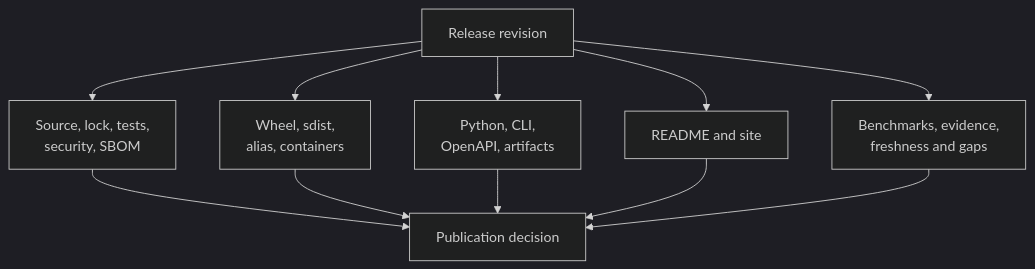
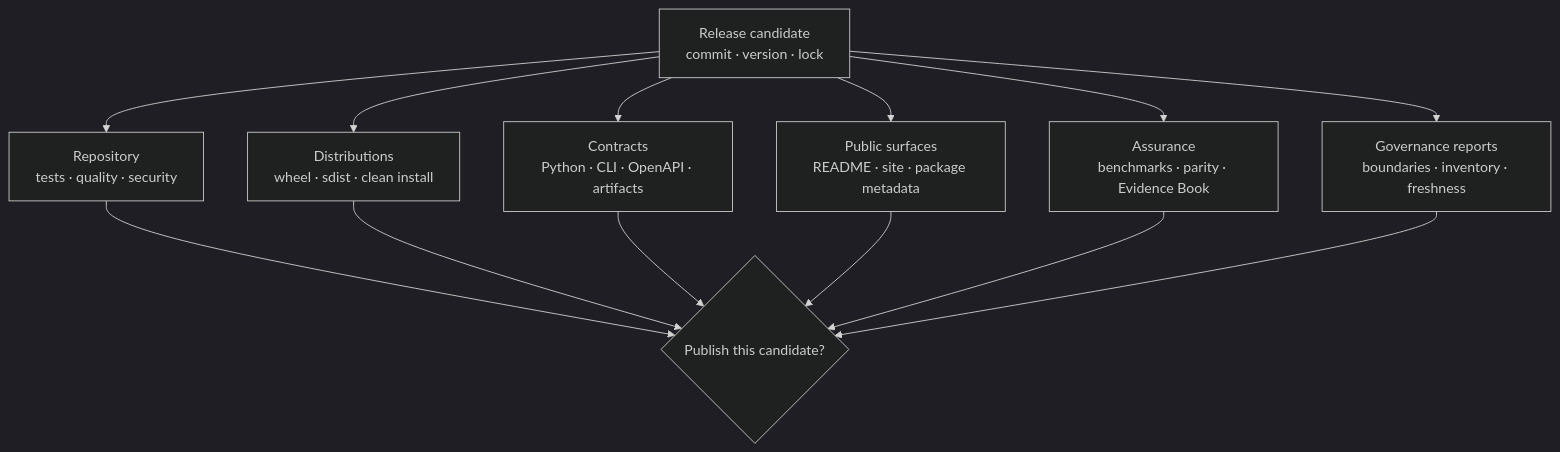
The diagram in docs/01-bijux-phylogenetics/quality/release-and-publication-gates.md (bijux/bijux-phylogenetics), drawn with Mermaid (dark theme) before and after one commit. The commit also changed other lines of this file and 4 other files, not shown here.

Commit message:
docs(release): make publication decisions reconstructable

````diff
--- a/docs/01-bijux-phylogenetics/quality/release-and-publication-gates.md
+++ b/docs/01-bijux-phylogenetics/quality/release-and-publication-gates.md
@@ -17,16 +18,18 @@
 ```mermaid
 flowchart TD
-    revision["Release revision"]
-    source["Source, lock, tests,<br/>security, SBOM"]
-    packages["Wheel, sdist,<br/>alias, containers"]
-    contracts["Python, CLI,<br/>OpenAPI, artifacts"]
-    docs["README and site"]
-    evidence["Benchmarks, evidence,<br/>freshness and gaps"]
-    decision["Publication decision"]
+    candidate["Release candidate<br/>commit · version · lock"]
+    repository["Repository<br/>tests · quality · security"]
+    distributions["Distributions<br/>wheel · sdist · clean install"]
+    contracts["Contracts<br/>Python · CLI · OpenAPI · artifacts"]
+    docs["Public surfaces<br/>README · site · package metadata"]
+    science["Assurance<br/>benchmarks · parity · Evidence Book"]
+    governance["Governance reports<br/>boundaries · inventory · freshness"]
+    decision{"Publish this candidate?"}
 
-    revision --> source --> decision
-    revision --> packages --> decision
-    revision --> contracts --> decision
-    revision --> docs --> decision
-    revision --> evidence --> decision
+    candidate --> repository --> decision
+    candidate --> distributions --> decision
+    candidate --> contracts --> decision
+    candidate --> docs --> decision
+    candidate --> science --> decision
+    candidate --> governance --> decision
 ```
````
